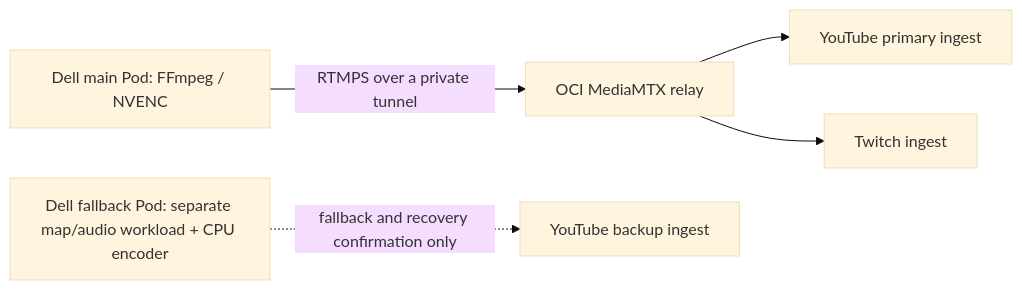
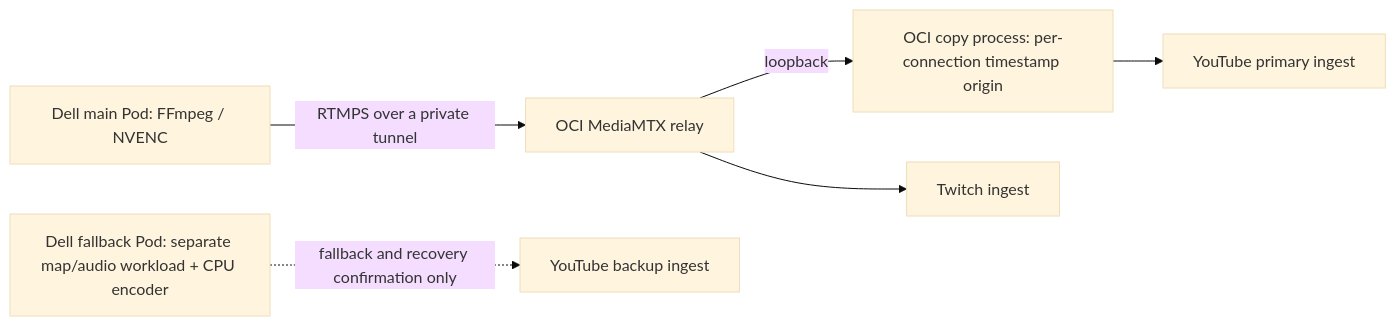
The third of 4 diagrams in docs/architecture.md (yukimurata0421/live-stream-systems-case-study), drawn with Mermaid (base theme) before and after one commit. The commit also changed 24 other files, not shown here.

First line of the commit message:
Give each YouTube connection its own timestamp origin after same-process recovery

````diff
--- a/docs/architecture.md
+++ b/docs/architecture.md
@@ -123,7 +123,8 @@
 ```mermaid
 flowchart LR
     FF["Dell main Pod: FFmpeg / NVENC"] -->|"RTMPS over a private tunnel"| MTX["OCI MediaMTX relay"]
-    MTX --> YT["YouTube primary ingest"]
+    MTX -->|"loopback"| COPY["OCI copy process: per-connection timestamp origin"]
+    COPY --> YT["YouTube primary ingest"]
     MTX --> TW["Twitch ingest"]
     FB["Dell fallback Pod: separate map/audio workload + CPU encoder"] -. "fallback and recovery confirmation only" .-> YTB["YouTube backup ingest"]
 ```
````
